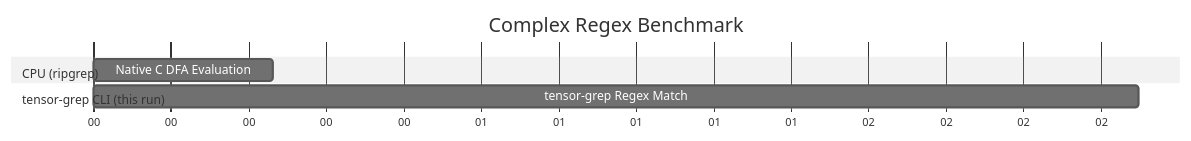
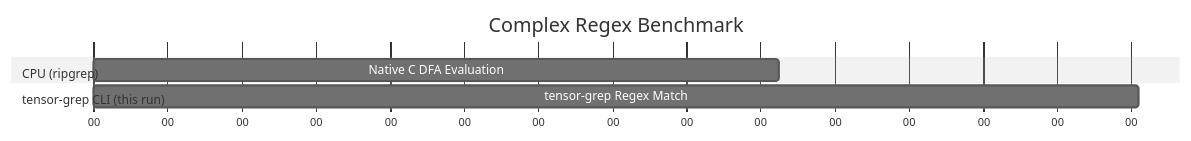
Before and after one commit to oimiragieo/tensor-grep: the second of 3 diagrams in docs/PAPER.md, drawn with Mermaid (neutral theme). The commit also changed other lines of this file and 1 other file, not shown here.

````diff
--- a/docs/PAPER.md
+++ b/docs/PAPER.md
@@ -99,12 +99,12 @@
 ```mermaid
 gantt
     title Complex Regex Benchmark
     dateFormat  s
     axisFormat %S
     
     section CPU (ripgrep)
     Native C DFA Evaluation :a1, 0, 0.462s
     
     section tensor-grep CLI (this run)
-    tensor-grep Regex Match :a2, 0, 2.697s
+    tensor-grep Regex Match :a2, 0, 0.705s
 ```
````
